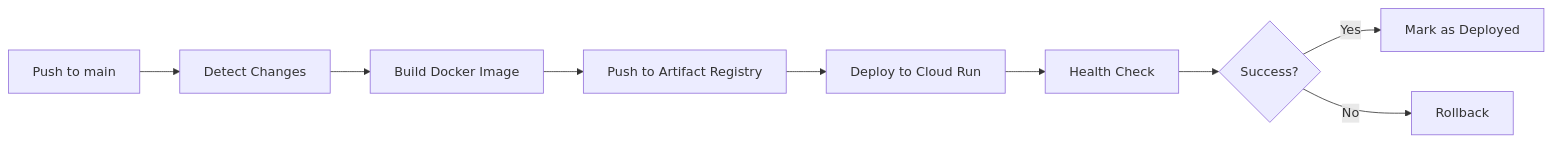
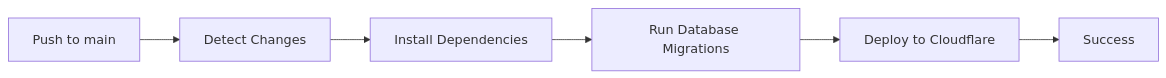
Before and after one commit to yuriolive/learning-infra: the diagram in docs/deployment/CONTROL_PLANE.md, drawn with Mermaid. The commit also changed other lines of this file and 22 other files, not shown here.

````diff
--- a/docs/deployment/CONTROL_PLANE.md
+++ b/docs/deployment/CONTROL_PLANE.md
@@ -153,11 +60,8 @@
 ```mermaid
 graph LR
     A[Push to main] --> B[Detect Changes]
-    B --> C[Build Docker Image]
-    C --> D[Push to Artifact Registry]
-    D --> E[Deploy to Cloud Run]
-    E --> F[Health Check]
-    F --> G{Success?}
-    G -->|Yes| H[Mark as Deployed]
-    G -->|No| I[Rollback]
+    B --> C[Install Dependencies]
+    C --> D[Run Database Migrations]
+    D --> E[Deploy to Cloudflare]
+    E --> F[Success]
 ```
````
